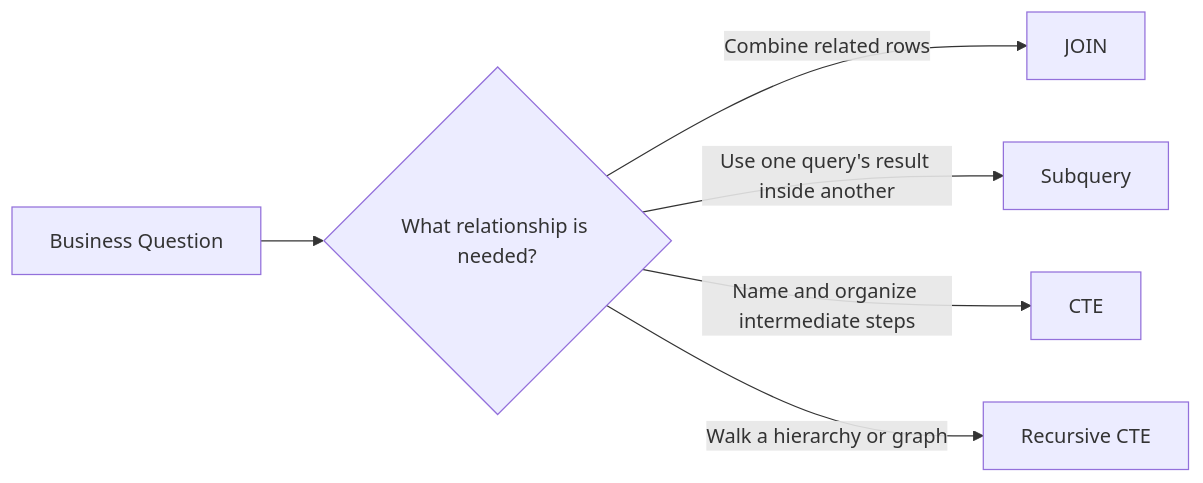
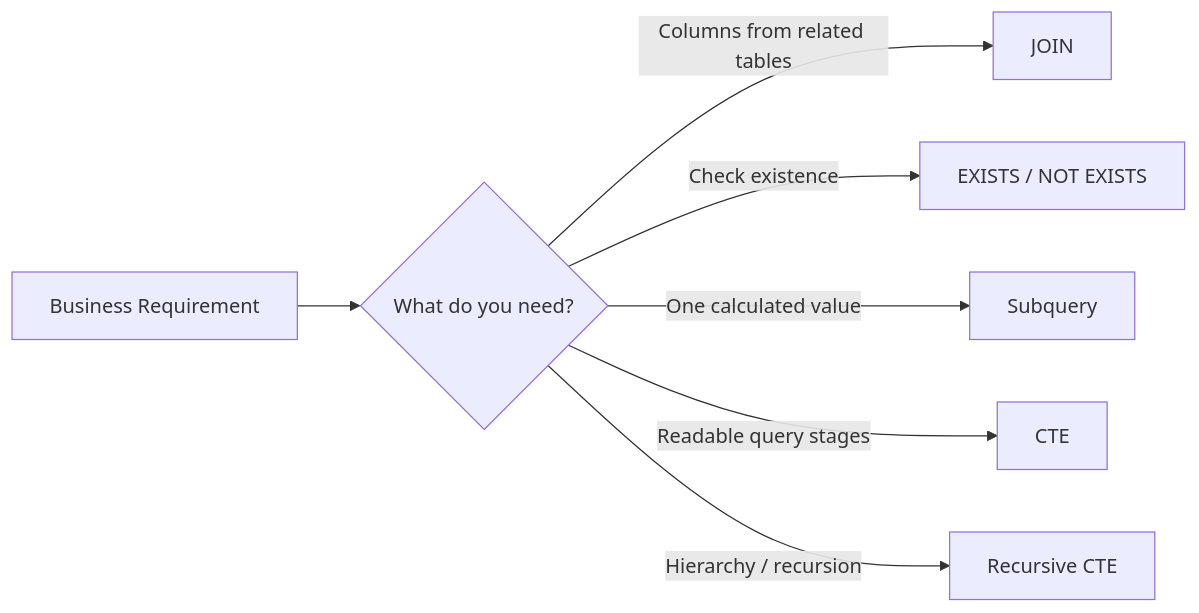
Before and after one commit to AvadhBhalodiya/Interview-Preparation: the first of 7 diagrams in src/content/databases/joins-subqueries-ctes.md, drawn with Mermaid. The commit also changed other lines of this file and 80 other files, not shown here.

````diff
--- a/src/content/databases/joins-subqueries-ctes.md
+++ b/src/content/databases/joins-subqueries-ctes.md
@@ -55,8 +26,9 @@
 ```mermaid
 flowchart LR
-    A[Business Question] --> B{What relationship is needed?}
-    B -->|Combine related rows| C[JOIN]
-    B -->|Use one query's result inside another| D[Subquery]
-    B -->|Name and organize intermediate steps| E[CTE]
-    B -->|Walk a hierarchy or graph| F[Recursive CTE]
+    Q[Business Requirement] --> D{What do you need?}
+    D -->|Columns from related tables| J[JOIN]
+    D -->|Check existence| E[EXISTS / NOT EXISTS]
+    D -->|One calculated value| S[Subquery]
+    D -->|Readable query stages| C[CTE]
+    D -->|Hierarchy / recursion| R[Recursive CTE]
 ```
````
